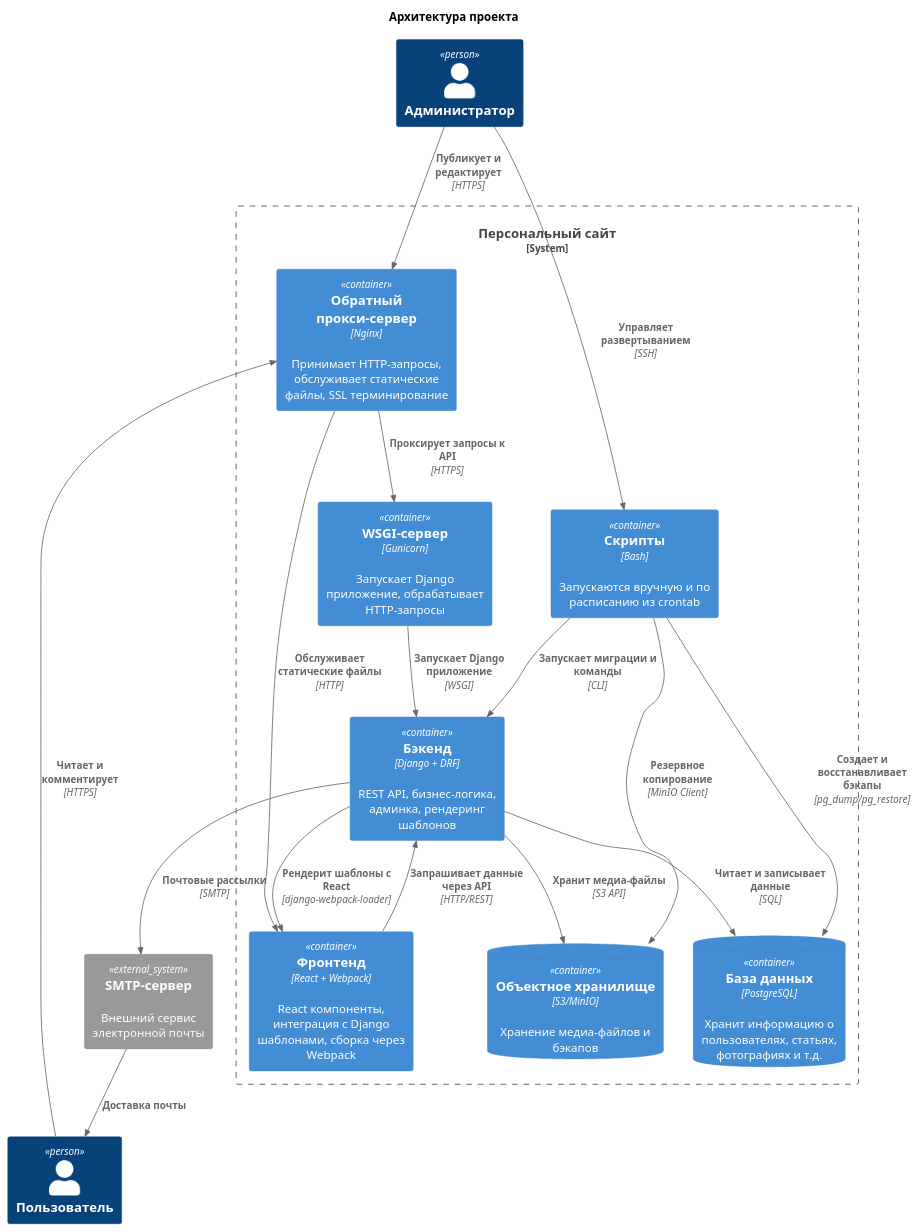
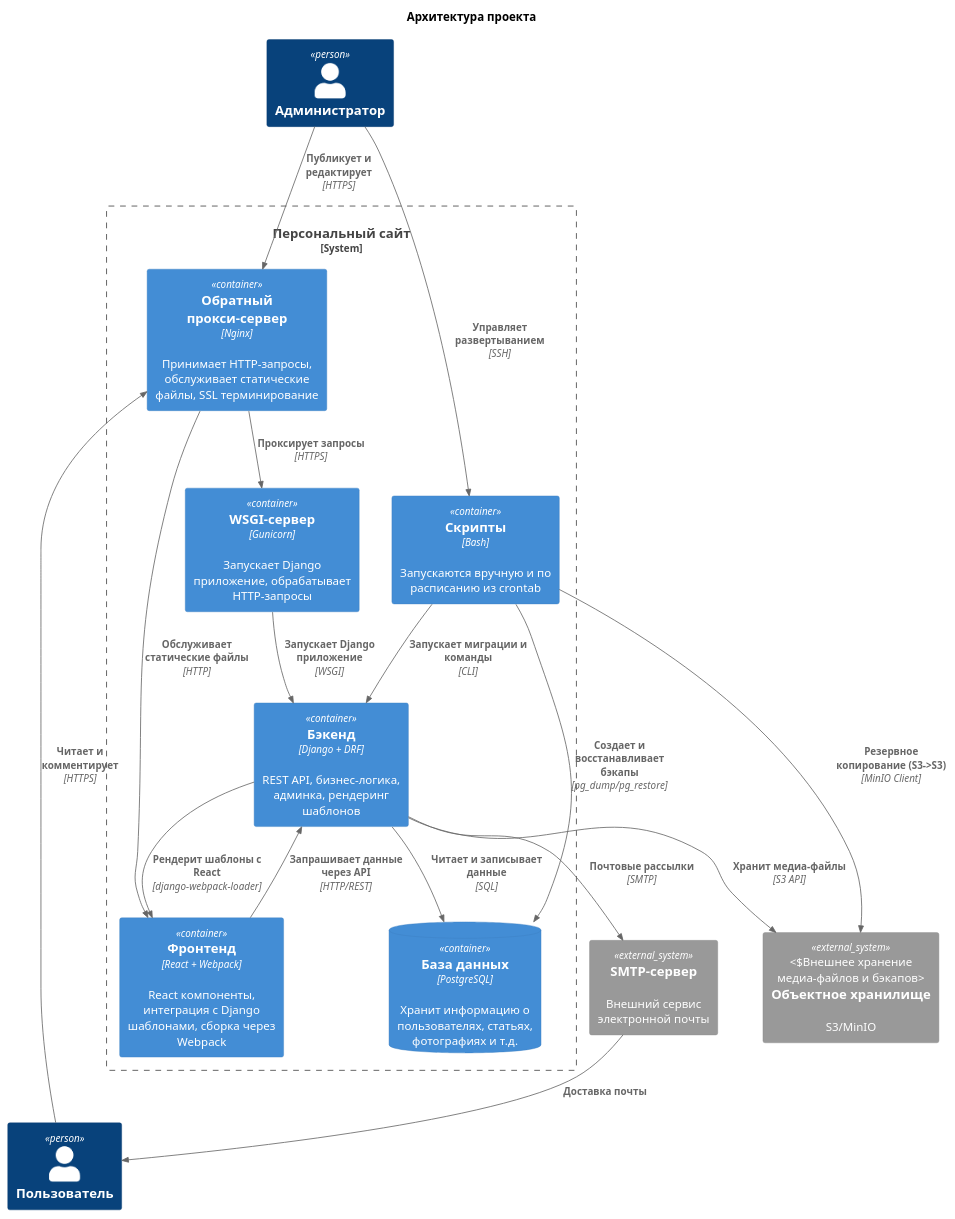
One commit to mikhpo/personal-website changed the diagram in docs/diagrams/src/container.puml. Above: the diagram before and after it, drawn with PlantUML. The commit also changed 4 other files, not shown here.

First line of the commit message:
docs: актуализировать архитектурные диаграммы под текущую архитектуру

```diff
--- a/docs/diagrams/src/container.puml
+++ b/docs/diagrams/src/container.puml
@@ -1,36 +1,36 @@
 @startuml container
 
 !include <C4/C4_Container>
 
 title Архитектура проекта
 
 Person(user, "Пользователь")
 Person(admin, "Администратор")
 System_Boundary(project, "Персональный сайт") {
     Container(nginx, "Обратный прокси-сервер", "Nginx", "Принимает HTTP-запросы, обслуживает статические файлы, SSL терминирование")
     Container(gunicorn, "WSGI-сервер", "Gunicorn", "Запускает Django приложение, обрабатывает HTTP-запросы")
     Container(backend, "Бэкенд", "Django + DRF", "REST API, бизнес-логика, админка, рендеринг шаблонов")
     Container(frontend, "Фронтенд", "React + Webpack", "React компоненты, интеграция с Django шаблонами, сборка через Webpack")
     Container(scripts, "Скрипты", "Bash", "Запускаются вручную и по расписанию из crontab")
     ContainerDb(db, "База данных", "PostgreSQL", "Хранит информацию о пользователях, статьях, фотографиях и т.д.")
-    ContainerDb(s3, "Объектное хранилище", "S3/MinIO", "Хранение медиа-файлов и бэкапов")
 }
+System_Ext(s3, "Объектное хранилище", "S3/MinIO", "Внешнее хранение медиа-файлов и бэкапов")
 System_Ext(smtp, "SMTP-сервер", "Внешний сервис электронной почты")
 
 Rel(admin, nginx, "Публикует и редактирует", "HTTPS")
 Rel(admin, scripts, "Управляет развертыванием", "SSH")
 Rel(user, nginx, "Читает и комментирует", "HTTPS")
-Rel(nginx, gunicorn, "Проксирует запросы к API", "HTTPS")
+Rel(nginx, gunicorn, "Проксирует запросы", "HTTPS")
 Rel(nginx, frontend, "Обслуживает статические файлы", "HTTP")
 Rel(gunicorn, backend, "Запускает Django приложение", "WSGI")
 Rel(backend, frontend, "Рендерит шаблоны с React", "django-webpack-loader")
 Rel(frontend, backend, "Запрашивает данные через API", "HTTP/REST")
 Rel(backend, db, "Читает и записывает данные", "SQL")
 Rel(backend, s3, "Хранит медиа-файлы", "S3 API")
 Rel(backend, smtp, "Почтовые рассылки", "SMTP")
 Rel(smtp, user, "Доставка почты")
 Rel(scripts, backend, "Запускает миграции и команды", "CLI")
 Rel(scripts, db, "Создает и восстанавливает бэкапы", "pg_dump/pg_restore")
-Rel(scripts, s3, "Резервное копирование", "MinIO Client")
+Rel(scripts, s3, "Резервное копирование (S3->S3)", "MinIO Client")
 
 @enduml
```
